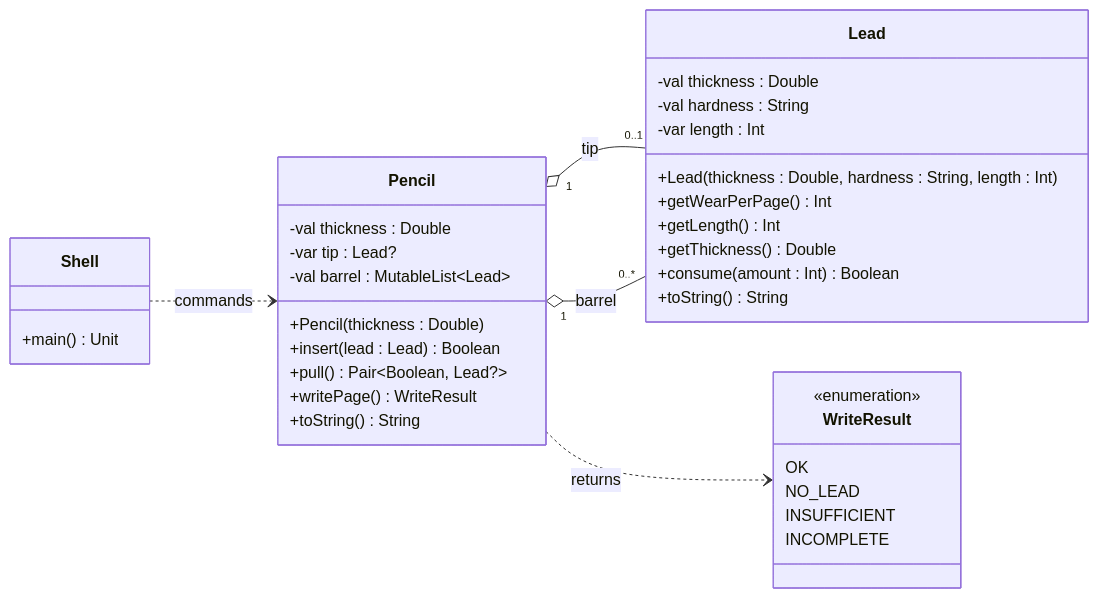
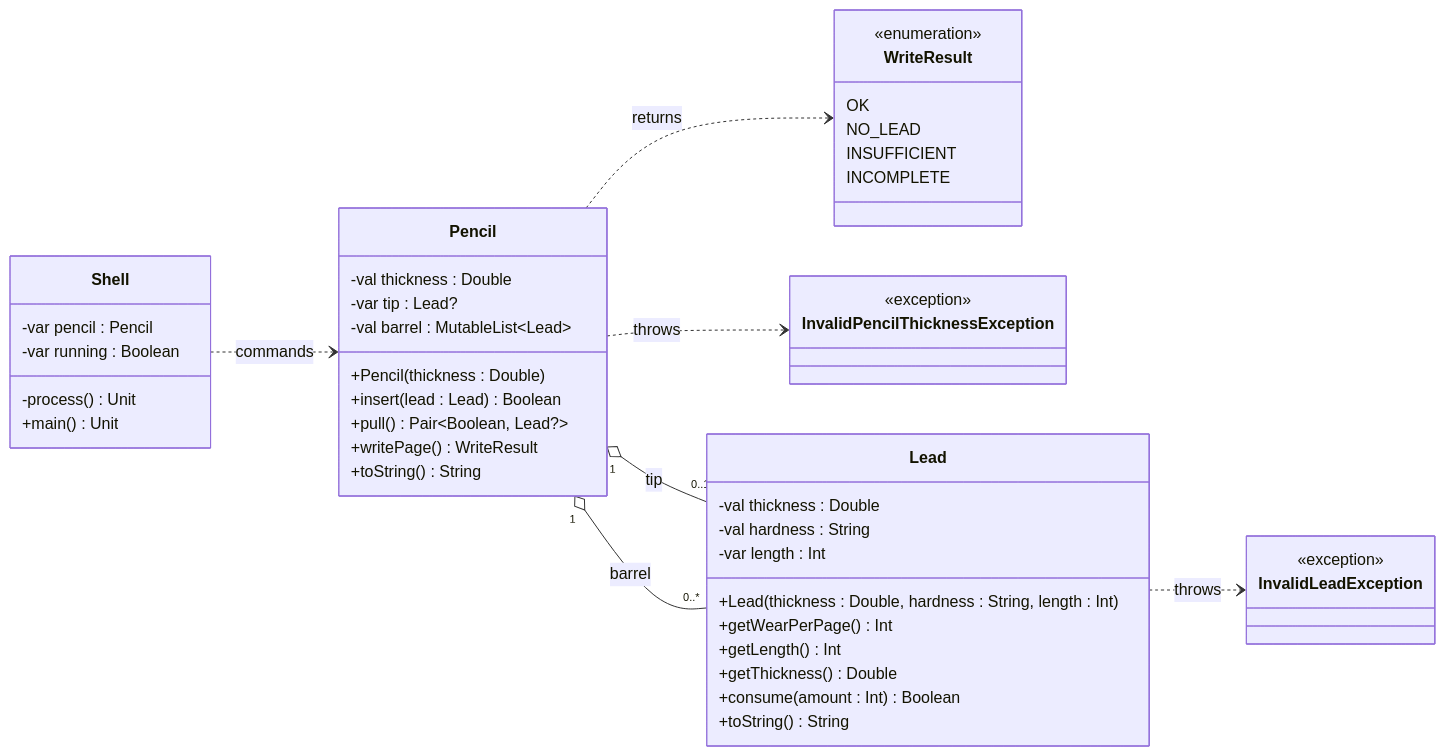
One commit to qxcodepoo/arcade changed the diagram in labs/lapiseira/README.md. Above: the diagram before and after it, drawn with Mermaid. The commit also changed other lines of this file and 44 other files, not shown here.

````diff
--- a/labs/lapiseira/README.md
+++ b/labs/lapiseira/README.md
@@ -57,45 +59,58 @@
 ```mermaid
 %%{init: {'fontFamily': 'monospace'}}%%
 classDiagram
     direction LR
 
     class WriteResult {
         <<enumeration>>
         OK
         NO_LEAD
         INSUFFICIENT
         INCOMPLETE
+    }
+
+    class InvalidLeadException {
+        <<exception>>
+    }
+
+    class InvalidPencilThicknessException {
+        <<exception>>
     }
 
     class Lead {
         -val thickness : Double
         -val hardness : String
         -var length : Int
         +Lead(thickness : Double, hardness : String, length : Int)
         +getWearPerPage() Int
         +getLength() Int
         +getThickness() Double
         +consume(amount : Int) Boolean
         +toString() String
     }
 
     class Pencil {
         -val thickness : Double
         -var tip : Lead?
         -val barrel : MutableList~Lead~
         +Pencil(thickness : Double)
         +insert(lead : Lead) Boolean
         +pull() Pair~Boolean, Lead?~
         +writePage() WriteResult
         +toString() String
     }
 
     class Shell {
+        -var pencil : Pencil
+        -var running : Boolean
+        -process() Unit
         +main() Unit
     }
 
     Pencil "1" o-- "0..1" Lead : tip
     Pencil "1" o-- "0..*" Lead : barrel
     Pencil ..> WriteResult : returns
+    Lead ..> InvalidLeadException : throws
+    Pencil ..> InvalidPencilThicknessException : throws
     Shell ..> Pencil : commands
 ```
````
